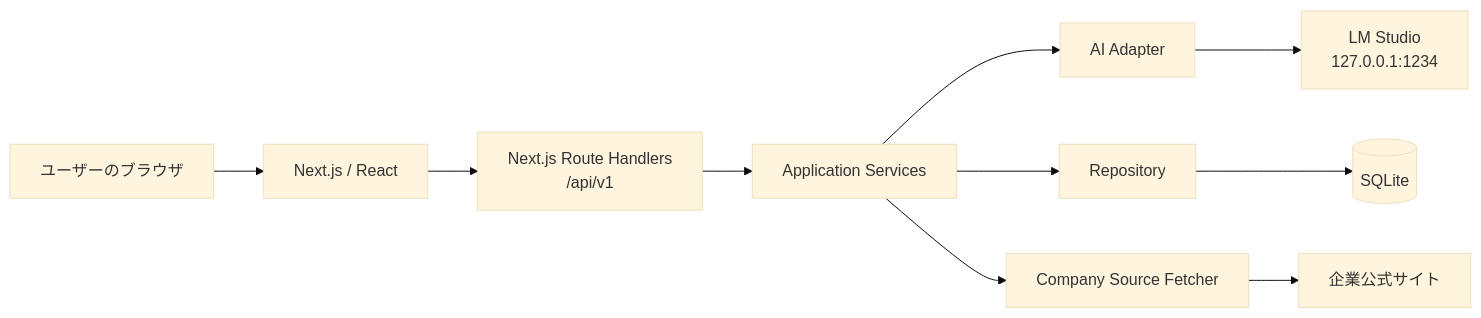
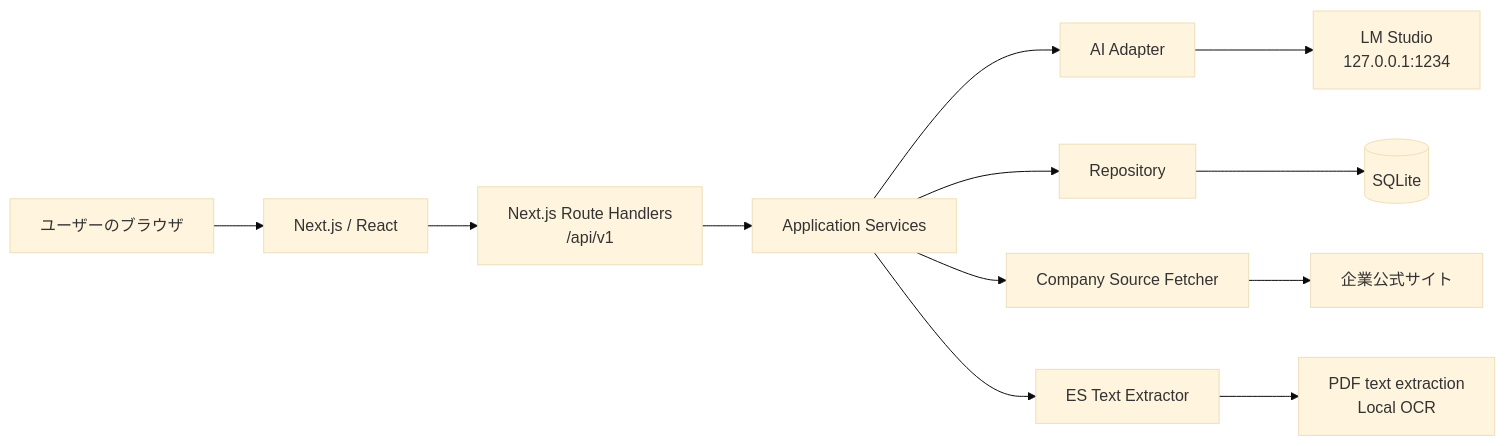
Before and after one commit to HACK-STAGE-STAGE2-teamG-YOZORA/Polaris: the first of 5 diagrams in docs/architecture.md, drawn with Mermaid (base theme). The commit also changed other lines of this file and 7 other files, not shown here.

````diff
--- a/docs/architecture.md
+++ b/docs/architecture.md
@@ -5,12 +5,14 @@
 ```mermaid
 flowchart LR
     U["ユーザーのブラウザ"] --> N["Next.js / React"]
     N --> R["Next.js Route Handlers<br>/api/v1"]
     R --> S["Application Services"]
     S --> A["AI Adapter"]
     S --> D["Repository"]
     S --> F["Company Source Fetcher"]
+    S --> E["ES Text Extractor"]
     A --> L["LM Studio<br>127.0.0.1:1234"]
     D --> Q[("SQLite")]
     F --> W["企業公式サイト"]
+    E --> O["PDF text extraction<br>Local OCR"]
 ```
````
